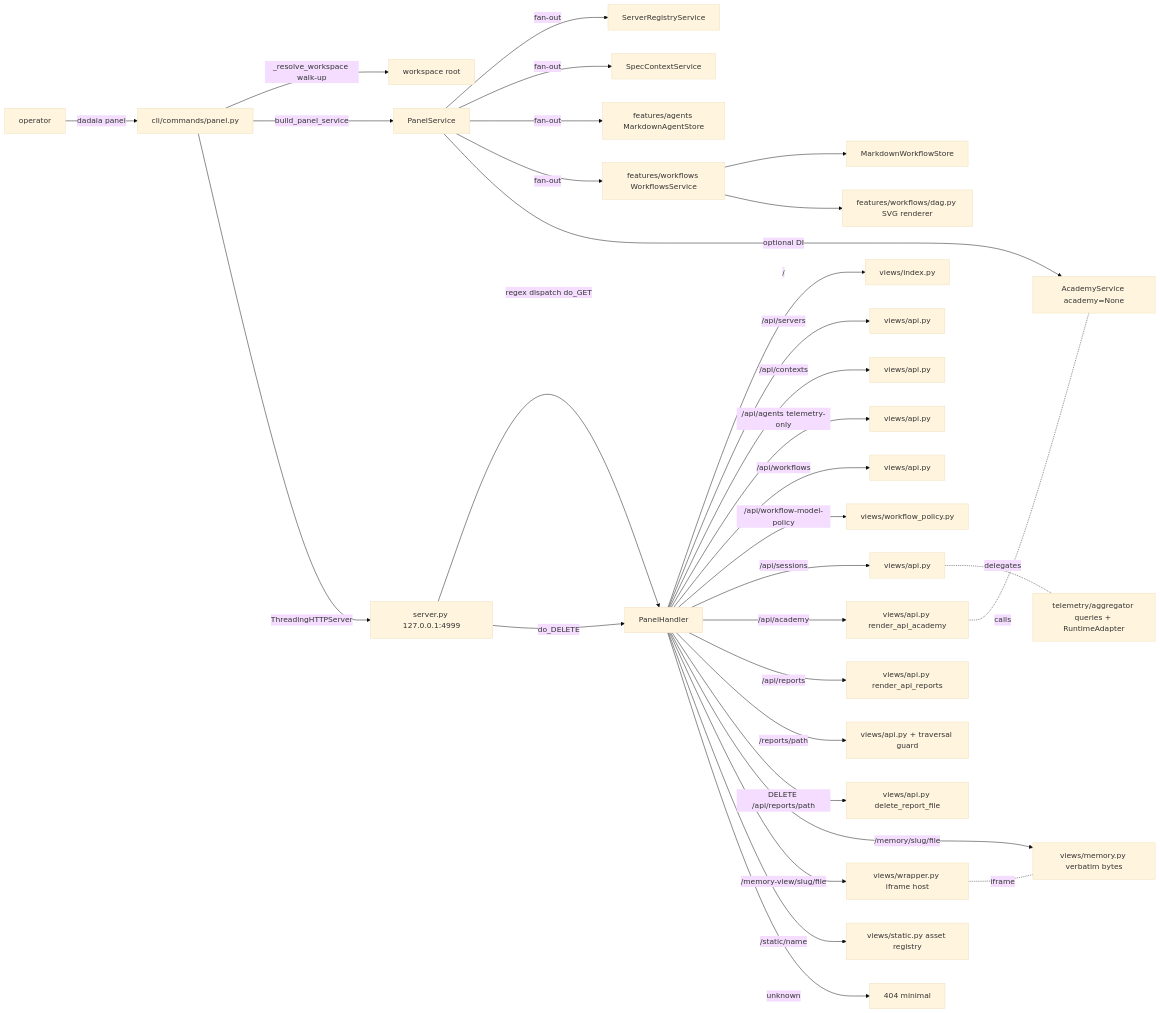
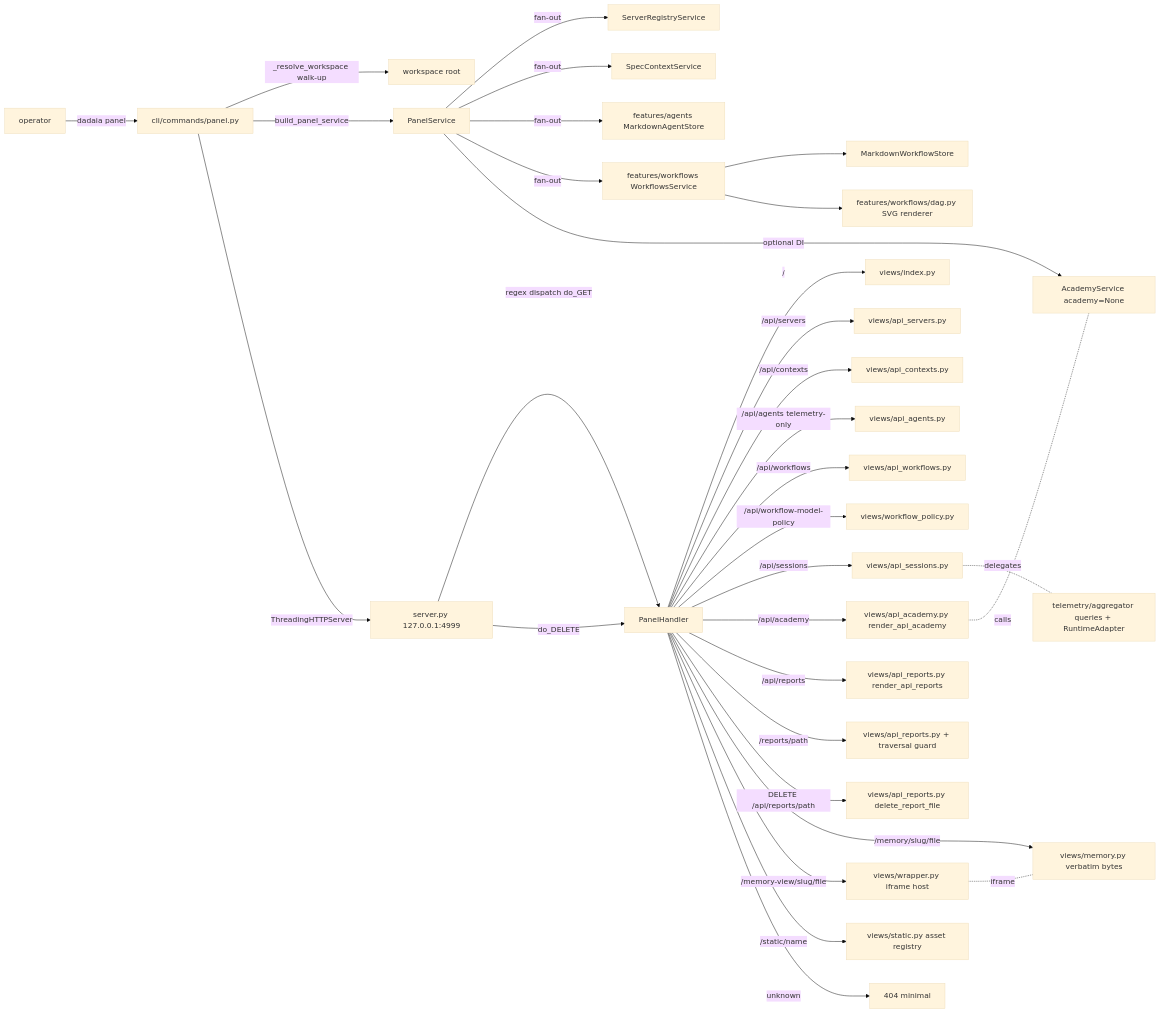
The diagram in specs/memory/product/panel/panel.md (marcoaureliomenezes/dadaia-workspace), drawn with Mermaid (base theme) before and after one commit. The commit also changed other lines of this file and 13 other files, not shown here.

First line of the commit message:
chore(T-55-70): close + archive v0.1.55 — architecture decomposition (R7)

````diff
--- a/specs/memory/product/panel/panel.md
+++ b/specs/memory/product/panel/panel.md
@@ -61,34 +61,34 @@
 ```mermaid
 flowchart LR
     OP[operator] -->|dadaia panel| CLI[cli/commands/panel.py]
     CLI -->|_resolve_workspace walk-up| WR[workspace root]
     CLI -->|build_panel_service| SVC[PanelService]
     SVC -->|fan-out| SRS[ServerRegistryService]
     SVC -->|fan-out| SCS[SpecContextService]
     SVC -->|fan-out| AGS[features/agents MarkdownAgentStore]
     SVC -->|fan-out| WFS[features/workflows WorkflowsService]
     SVC -->|optional DI| ACS[AcademyService academy=None]
     WFS --> WS[MarkdownWorkflowStore]
     WFS --> DAG[features/workflows/dag.py SVG renderer]
     CLI -->|ThreadingHTTPServer| SRV[server.py 127.0.0.1:4999]
     SRV -->|regex dispatch do_GET| H[PanelHandler]
     SRV -->|do_DELETE| H
     H -->|/| IDX[views/index.py]
-    H -->|/api/servers| API1[views/api.py]
-    H -->|/api/contexts| API2[views/api.py]
-    H -->|/api/agents telemetry-only| API3[views/api.py]
-    H -->|/api/workflows| API5[views/api.py]
+    H -->|/api/servers| API1[views/api_servers.py]
+    H -->|/api/contexts| API2[views/api_contexts.py]
+    H -->|/api/agents telemetry-only| API3[views/api_agents.py]
+    H -->|/api/workflows| API5[views/api_workflows.py]
     H -->|/api/workflow-model-policy| WFP[views/workflow_policy.py]
-    H -->|/api/sessions| API7[views/api.py]
-    H -->|/api/academy| ACAD[views/api.py render_api_academy]
-    H -->|/api/reports| REP[views/api.py render_api_reports]
-    H -->|/reports/path| REPS[views/api.py + traversal guard]
-    H -->|DELETE /api/reports/path| REPD[views/api.py delete_report_file]
+    H -->|/api/sessions| API7[views/api_sessions.py]
+    H -->|/api/academy| ACAD[views/api_academy.py render_api_academy]
+    H -->|/api/reports| REP[views/api_reports.py render_api_reports]
+    H -->|/reports/path| REPS[views/api_reports.py + traversal guard]
+    H -->|DELETE /api/reports/path| REPD[views/api_reports.py delete_report_file]
     API7 -.delegates.- AGG[telemetry/aggregator queries + RuntimeAdapter]
     H -->|/memory/slug/file| MEM[views/memory.py verbatim bytes]
     H -->|/memory-view/slug/file| WRAP[views/wrapper.py iframe host]
     H -->|/static/name| ST[views/static.py asset registry]
     H -->|unknown| F404[404 minimal]
     WRAP -.iframe.- MEM
     ACAD -.calls.- ACS
 ```
````
